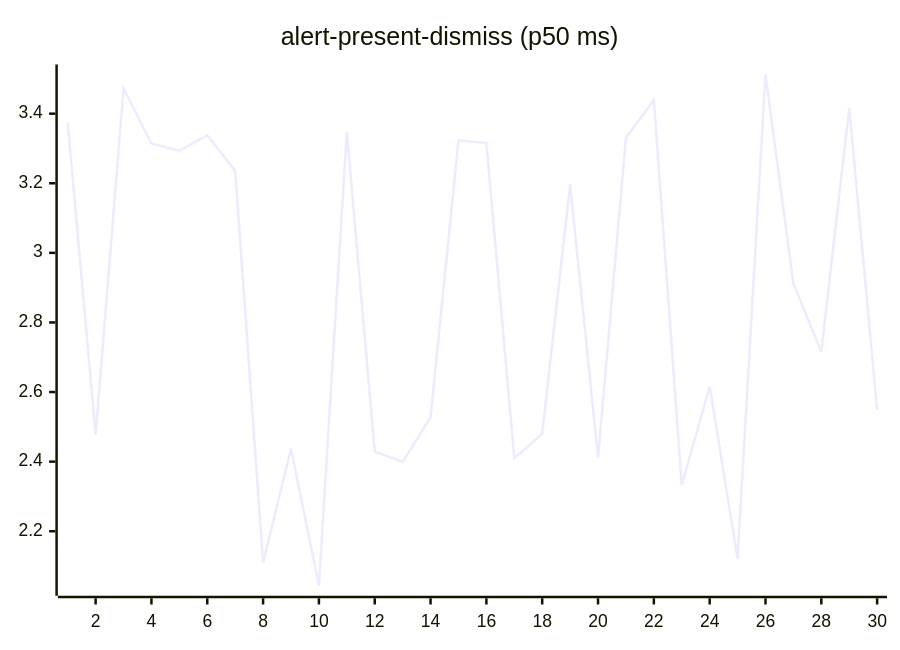
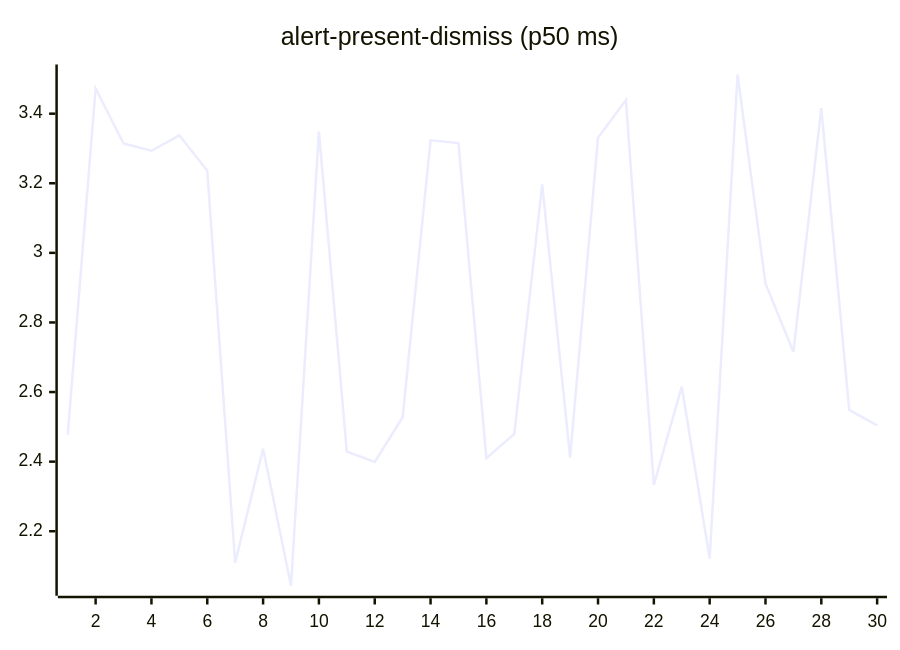
One commit to josha/Facet changed the second of 27 diagrams in README.md. Above: the diagram before and after it, drawn with Mermaid. The commit also changed other lines of this file and 2 other files, not shown here.

````diff
--- a/README.md
+++ b/README.md
@@ -70,6 +70,6 @@
 ```mermaid
 xychart-beta
     title "alert-present-dismiss (p50 ms)"
     x-axis 1 --> 30
-    line [3.3741, 2.4770, 3.4723, 3.3142, 3.2934, 3.3378, 3.2358, 2.1094, 2.4372, 2.0433, 3.3486, 2.4287, 2.3992, 2.5276, 3.3233, 3.3156, 2.4099, 2.4796, 3.1966, 2.4115, 3.3306, 3.4390, 2.3331, 2.6158, 2.1213, 3.5126, 2.9120, 2.7154, 3.4161, 2.5485]
+    line [2.4770, 3.4723, 3.3142, 3.2934, 3.3378, 3.2358, 2.1094, 2.4372, 2.0433, 3.3486, 2.4287, 2.3992, 2.5276, 3.3233, 3.3156, 2.4099, 2.4796, 3.1966, 2.4115, 3.3306, 3.4390, 2.3331, 2.6158, 2.1213, 3.5126, 2.9120, 2.7154, 3.4161, 2.5485, 2.5044]
 ```
````
